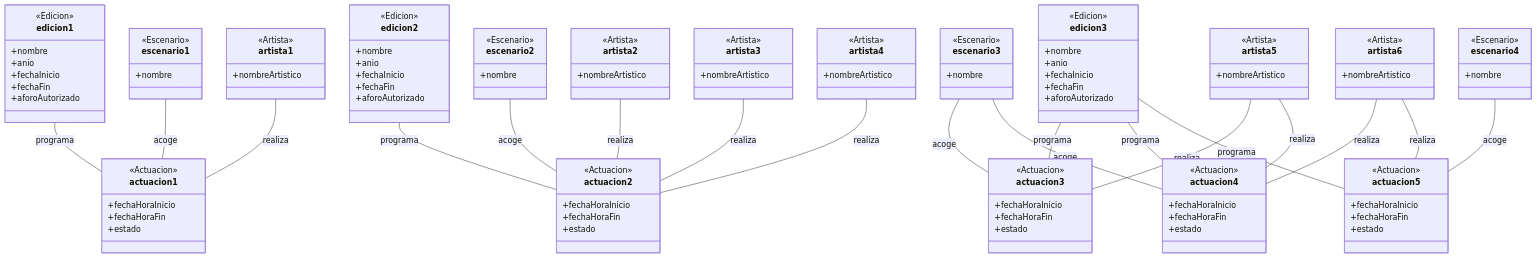
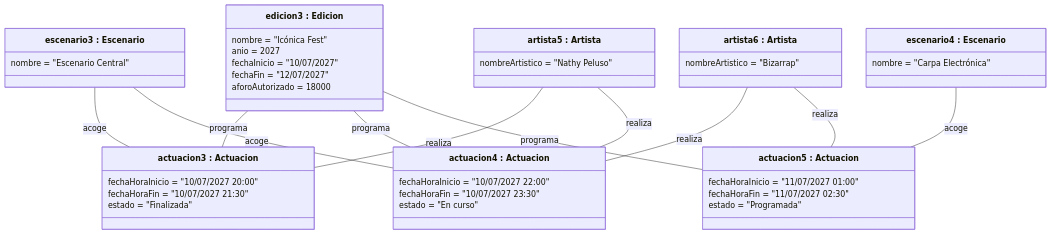
Before and after one commit to Antmungar2/proyecto-curso-iissi1-2026-antmungar2: the fourth of 10 diagrams in README.md, drawn with Mermaid. The commit also changed other lines of this file, not shown here.

Commit message:
Separar diagramas de objetos por caso en 5.2

````diff
--- a/README.md
+++ b/README.md
@@ -840,109 +911,39 @@
 ```mermaid
 classDiagram
-    class edicion1 {
-        <<Edicion>>
-        +nombre
-        +anio
-        +fechaInicio
-        +fechaFin
-        +aforoAutorizado
+    class edicion3["edicion3 : Edicion"] {
+        nombre = "Icónica Fest"
+        anio = 2027
+        fechaInicio = "10/07/2027"
+        fechaFin = "12/07/2027"
+        aforoAutorizado = 18000
     }
-    class edicion2 {
-        <<Edicion>>
-        +nombre
-        +anio
-        +fechaInicio
-        +fechaFin
-        +aforoAutorizado
+    class escenario3["escenario3 : Escenario"] {
+        nombre = "Escenario Central"
     }
-    class edicion3 {
-        <<Edicion>>
-        +nombre
-        +anio
-        +fechaInicio
-        +fechaFin
-        +aforoAutorizado
+    class escenario4["escenario4 : Escenario"] {
+        nombre = "Carpa Electrónica"
     }
-    class escenario1 {
-        <<Escenario>>
-        +nombre
+    class actuacion3["actuacion3 : Actuacion"] {
+        fechaHoraInicio = "10/07/2027 20:00"
+        fechaHoraFin = "10/07/2027 21:30"
+        estado = "Finalizada"
     }
-    class escenario2 {
-        <<Escenario>>
-        +nombre
+    class actuacion4["actuacion4 : Actuacion"] {
+        fechaHoraInicio = "10/07/2027 22:00"
+        fechaHoraFin = "10/07/2027 23:30"
+        estado = "En curso"
     }
-    class escenario3 {
-        <<Escenario>>
-        +nombre
+    class actuacion5["actuacion5 : Actuacion"] {
+        fechaHoraInicio = "11/07/2027 01:00"
+        fechaHoraFin = "11/07/2027 02:30"
+        estado = "Programada"
     }
-    class escenario4 {
-        <<Escenario>>
-        +nombre
+    class artista5["artista5 : Artista"] {
+        nombreArtistico = "Nathy Peluso"
     }
-    class actuacion1 {
-        <<Actuacion>>
-        +fechaHoraInicio
-        +fechaHoraFin
-        +estado
+    class artista6["artista6 : Artista"] {
+        nombreArtistico = "Bizarrap"
     }
-    class actuacion2 {
-        <<Actuacion>>
-        +fechaHoraInicio
-        +fechaHoraFin
-        +estado
-    }
-    class actuacion3 {
-        <<Actuacion>>
-        +fechaHoraInicio
-        +fechaHoraFin
-        +estado
-    }
-    class actuacion4 {
-        <<Actuacion>>
-        +fechaHoraInicio
-        +fechaHoraFin
-        +estado
-    }
-    class actuacion5 {
-        <<Actuacion>>
-        +fechaHoraInicio
-        +fechaHoraFin
-        +estado
-    }
-    class artista1 {
-        <<Artista>>
-        +nombreArtistico
-    }
-    class artista2 {
-        <<Artista>>
-        +nombreArtistico
-    }
-    class artista3 {
-        <<Artista>>
-        +nombreArtistico
-    }
-    class artista4 {
-        <<Artista>>
-        +nombreArtistico
-    }
-    class artista5 {
-        <<Artista>>
-        +nombreArtistico
-    }
-    class artista6 {
-        <<Artista>>
-        +nombreArtistico
-    }
-
-    edicion1 -- actuacion1 : programa
-    escenario1 -- actuacion1 : acoge
-    artista1 -- actuacion1 : realiza
-
-    edicion2 -- actuacion2 : programa
-    escenario2 -- actuacion2 : acoge
-    artista2 -- actuacion2 : realiza
-    artista3 -- actuacion2 : realiza
-    artista4 -- actuacion2 : realiza
 
     edicion3 -- actuacion3 : programa
     edicion3 -- actuacion4 : programa
````
